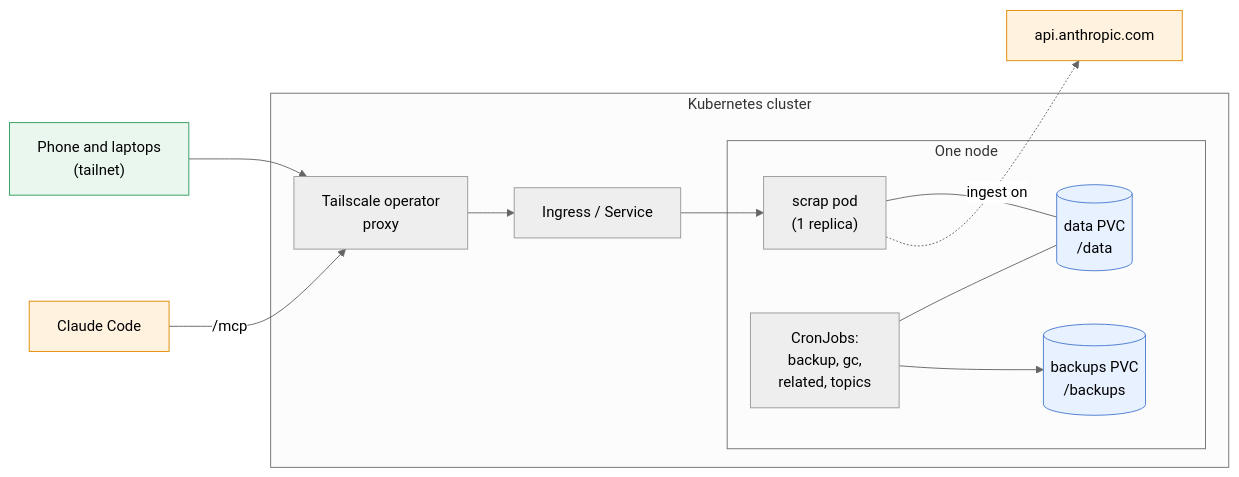
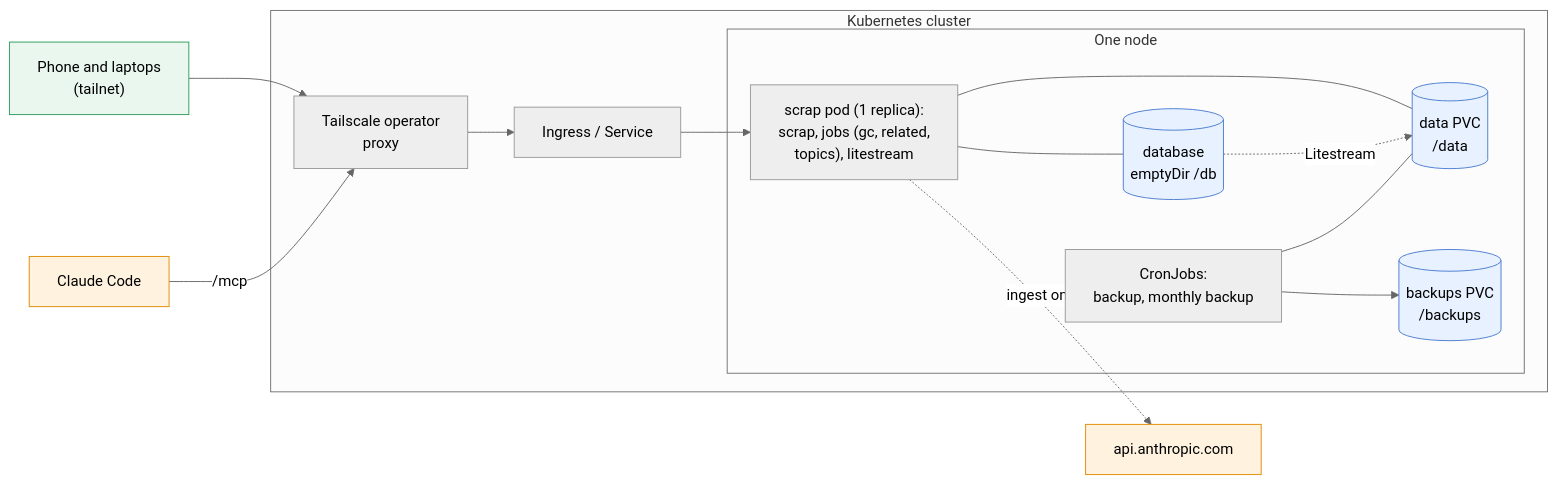
Before and after one commit to gilesknap/scrap: the first of 2 diagrams in docs/how-to/deploy-kubernetes.md, drawn with Mermaid (neutral theme). The commit also changed other lines of this file and 7 other files, not shown here.

````diff
--- a/docs/how-to/deploy-kubernetes.md
+++ b/docs/how-to/deploy-kubernetes.md
@@ -10,25 +13,28 @@
 ```mermaid
 flowchart LR
     phone["Phone and laptops<br/>(tailnet)"]:::user
     cc["Claude Code"]:::claude
     subgraph cluster ["Kubernetes cluster"]
         ts["Tailscale operator<br/>proxy"]
         ing["Ingress / Service"]
         subgraph node ["One node"]
-            pod["scrap pod<br/>(1 replica)"]
+            pod["scrap pod (1 replica):<br/>scrap, jobs (gc, related,<br/>topics), litestream"]
+            db[("database<br/>emptyDir /db")]:::store
             data[("data PVC<br/>/data")]:::store
-            jobs["CronJobs:<br/>backup, gc,<br/>related, topics"]
+            jobs["CronJobs:<br/>backup, monthly backup"]
             bak[("backups PVC<br/>/backups")]:::store
         end
     end
     api["api.anthropic.com"]:::claude
     phone --> ts --> ing --> pod
     cc -->|"/mcp"| ts
+    pod --- db
     pod --- data
+    db -.->|"Litestream"| data
     jobs --- data
     jobs --> bak
     pod -.->|"ingest on"| api
     classDef store fill:#e8f1ff,stroke:#4a7bd0
     classDef claude fill:#fff3e0,stroke:#e08a00
     classDef user fill:#e9f7ef,stroke:#2e9d5b
 ```
````
